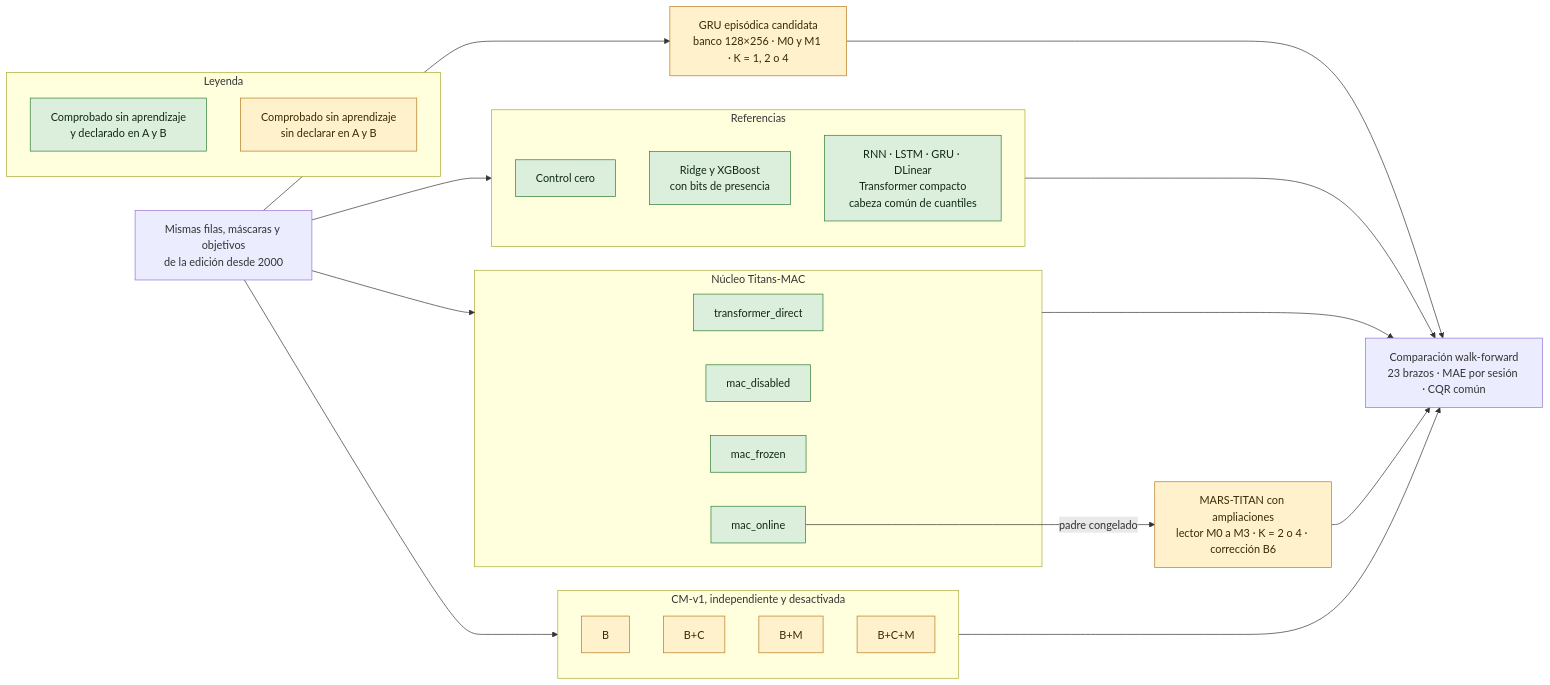
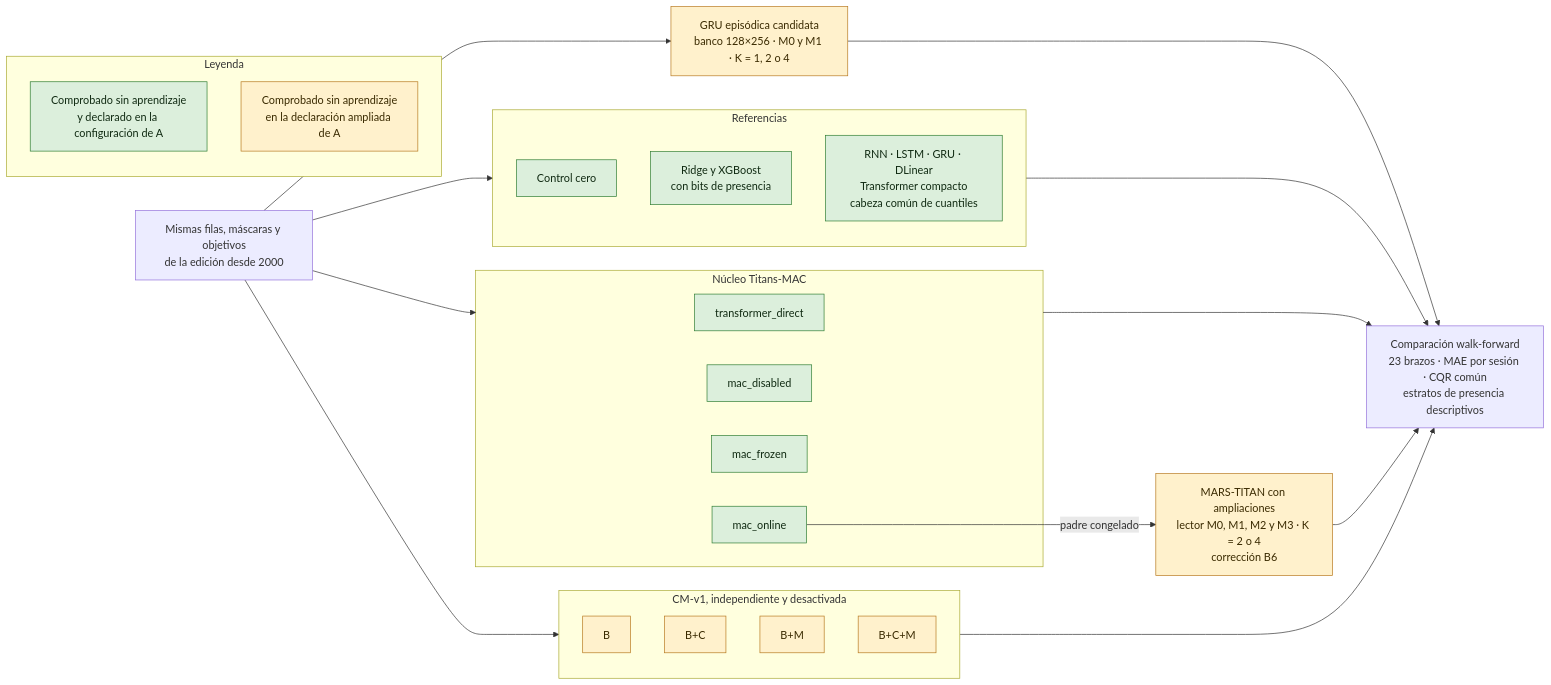
Before and after one commit to GonxKZ/mars-titan: the second of 3 diagrams in README.md, drawn with Mermaid. The commit also changed other lines of this file and 28 other files, not shown here.

First line of the commit message:
docs(project): sync README, documentation, diagrams, site and thesis with the verified 2000 edition and campaign A state (#419)

````diff
--- a/README.md
+++ b/README.md
@@ -73,50 +81,49 @@
 ```mermaid
 flowchart LR
     D["Mismas filas, máscaras y objetivos<br/>de la edición desde 2000"]
 
     subgraph REF["Referencias"]
         Z["Control cero"]:::comprobado
         TAB["Ridge y XGBoost<br/>con bits de presencia"]:::comprobado
         NEU["RNN · LSTM · GRU · DLinear<br/>Transformer compacto<br/>cabeza común de cuantiles"]:::comprobado
     end
 
     G["GRU episódica candidata<br/>banco 128×256 · M0 y M1 · K = 1, 2 o 4"]:::parcial
 
     subgraph TIT["Núcleo Titans-MAC"]
         T1["transformer_direct"]:::comprobado
         T2["mac_disabled"]:::comprobado
         T3["mac_frozen"]:::comprobado
         T4["mac_online"]:::comprobado
     end
 
-    M["MARS-TITAN con ampliaciones<br/>lector M0 a M3 · K = 2 o 4 · corrección B6"]:::parcial
+    M["MARS-TITAN con ampliaciones<br/>lector M0, M1, M2 y M3 · K = 2 o 4<br/>corrección B6"]:::parcial
 
     subgraph CM["CM-v1, independiente y desactivada"]
         C1["B"]:::parcial
         C2["B+C"]:::parcial
         C3["B+M"]:::parcial
         C4["B+C+M"]:::parcial
     end
 
-    EV["Comparación walk-forward<br/>23 brazos · MAE por sesión · CQR común"]
+    EV["Comparación walk-forward<br/>23 brazos · MAE por sesión · CQR común<br/>estratos de presencia descriptivos"]
 
     D --> REF
     D --> G
     D --> TIT
     D --> CM
     T4 -- padre congelado --> M
     REF --> EV
     G --> EV
     TIT --> EV
     M --> EV
     CM --> EV
 
     subgraph LEY["Leyenda"]
-        L1["Comprobado sin aprendizaje<br/>y declarado en A y B"]:::comprobado
-        L2["Comprobado sin aprendizaje<br/>sin declarar en A y B"]:::parcial
+        L1["Comprobado sin aprendizaje<br/>y declarado en la configuración de A"]:::comprobado
+        L2["Comprobado sin aprendizaje<br/>en la declaración ampliada de A"]:::parcial
     end
 
     classDef comprobado fill:#dcefdc,stroke:#2e7d32,color:#102a12
     classDef parcial fill:#fff1cc,stroke:#b7791f,color:#3a2a00
-    classDef pendiente fill:#eeeeee,stroke:#757575,color:#222222,stroke-dasharray:5 3
 ```
````
